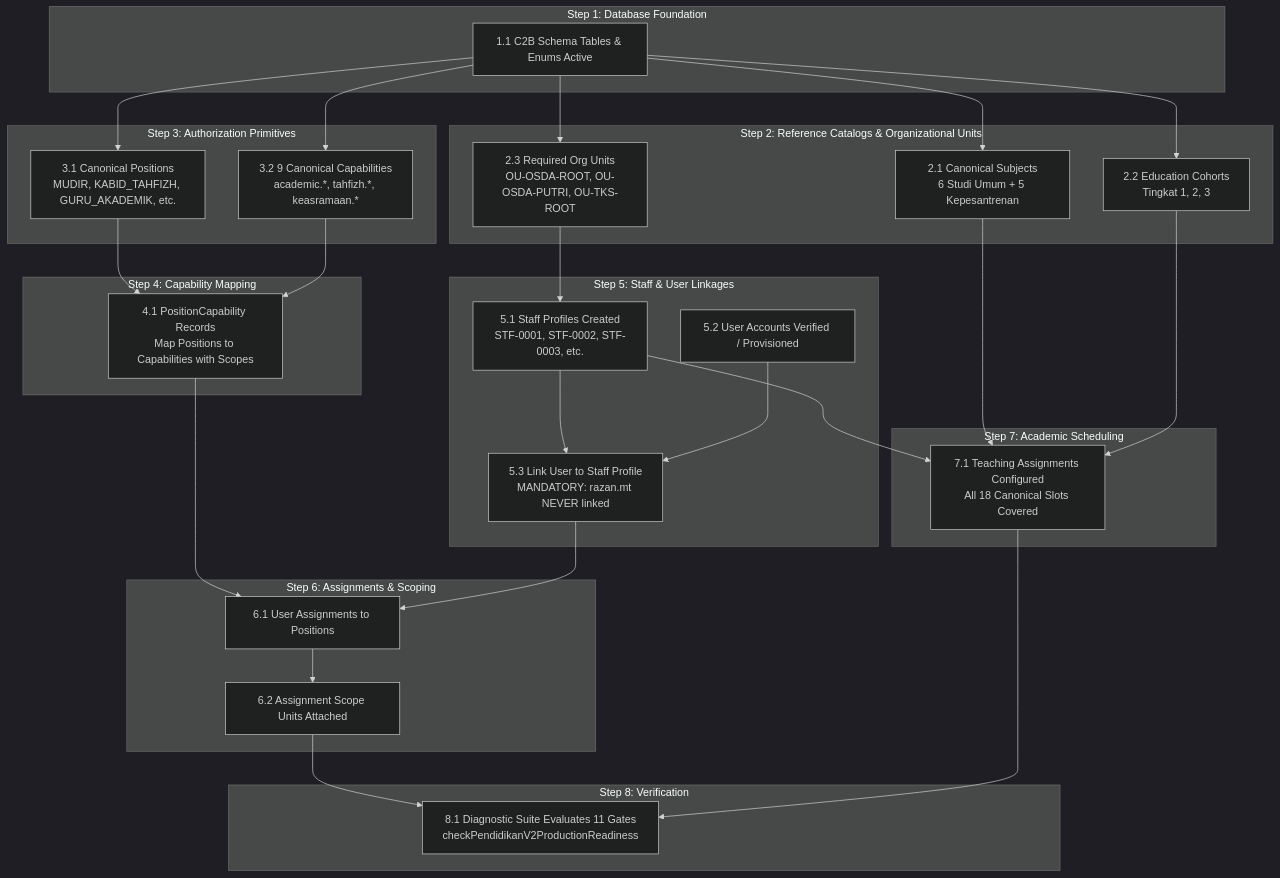
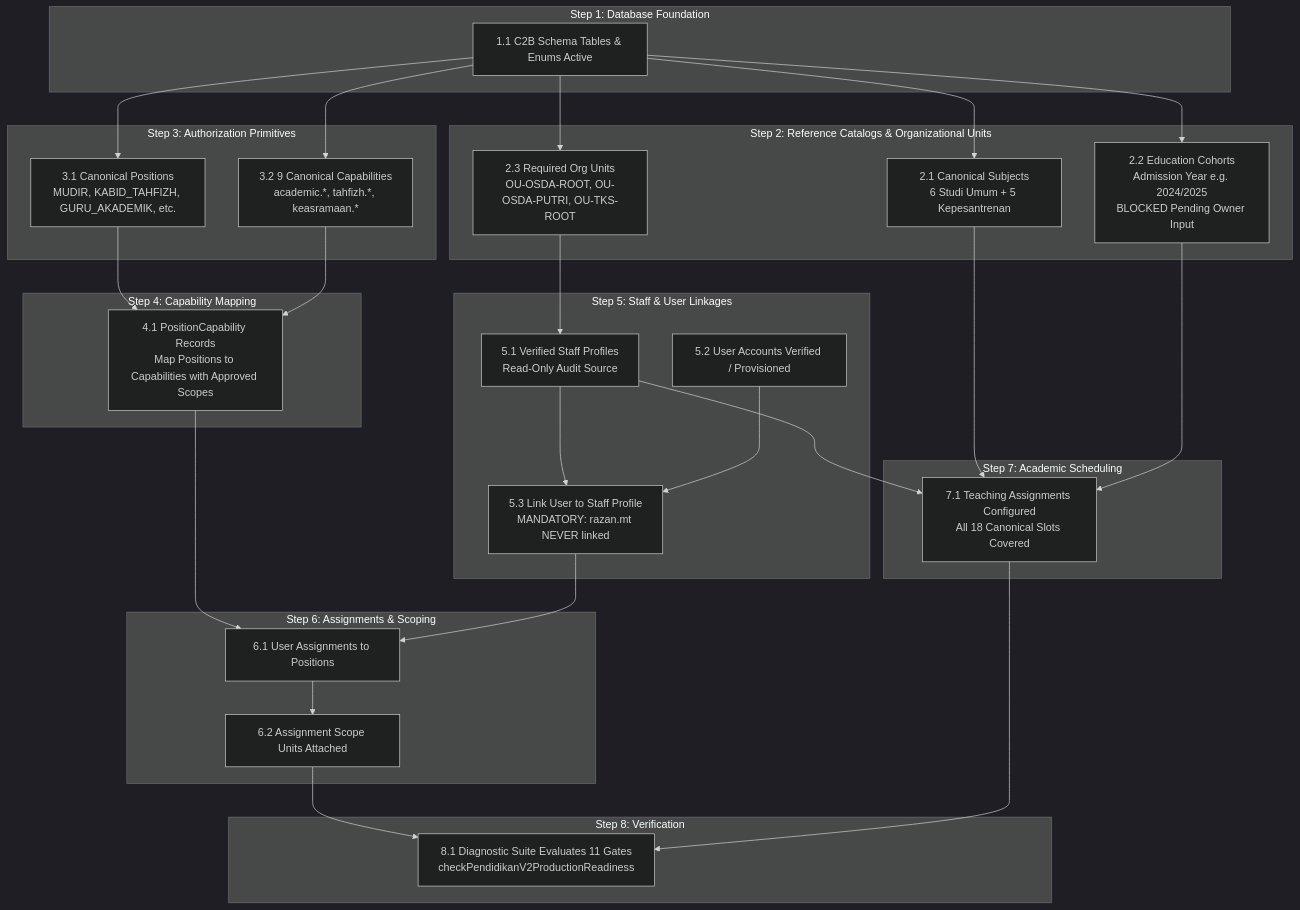
One commit to abdngr23-pixel/stq-education-portal changed the second of 2 diagrams in docs/STQ_M3_RELEASE_DEPENDENCIES.md. Above: the diagram before and after it, drawn with Mermaid (dark theme). The commit also changed other lines of this file and 3 other files, not shown here.

````diff
--- a/docs/STQ_M3_RELEASE_DEPENDENCIES.md
+++ b/docs/STQ_M3_RELEASE_DEPENDENCIES.md
@@ -53,64 +78,64 @@
 ```mermaid
 graph TD
     subgraph Step 1: Database Foundation
         S1[1.1 C2B Schema Tables & Enums Active]
     end
 
     subgraph Step 2: Reference Catalogs & Organizational Units
         S2A[2.1 Canonical Subjects<br/>6 Studi Umum + 5 Kepesantrenan]
-        S2B[2.2 Education Cohorts<br/>Tingkat 1, 2, 3]
+        S2B[2.2 Education Cohorts<br/>Admission Year e.g. 2024/2025<br/>BLOCKED Pending Owner Input]
         S2C[2.3 Required Org Units<br/>OU-OSDA-ROOT, OU-OSDA-PUTRI, OU-TKS-ROOT]
     end
 
     subgraph Step 3: Authorization Primitives
         S3A[3.1 Canonical Positions<br/>MUDIR, KABID_TAHFIZH, GURU_AKADEMIK, etc.]
         S3B[3.2 9 Canonical Capabilities<br/>academic.*, tahfizh.*, keasramaan.*]
     end
 
     subgraph Step 4: Capability Mapping
-        S4[4.1 PositionCapability Records<br/>Map Positions to Capabilities with Scopes]
+        S4[4.1 PositionCapability Records<br/>Map Positions to Capabilities with Approved Scopes]
     end
 
     subgraph Step 5: Staff & User Linkages
-        S5A[5.1 Staff Profiles Created<br/>STF-0001, STF-0002, STF-0003, etc.]
+        S5A[5.1 Verified Staff Profiles<br/>Read-Only Audit Source]
         S5B[5.2 User Accounts Verified / Provisioned]
         S5C[5.3 Link User to Staff Profile<br/>MANDATORY: razan.mt NEVER linked]
     end
 
     subgraph Step 6: Assignments & Scoping
         S6A[6.1 User Assignments to Positions]
         S6B[6.2 Assignment Scope Units Attached]
     end
 
     subgraph Step 7: Academic Scheduling
         S7[7.1 Teaching Assignments Configured<br/>All 18 Canonical Slots Covered]
     end
 
     subgraph Step 8: Verification
         S8[8.1 Diagnostic Suite Evaluates 11 Gates<br/>checkPendidikanV2ProductionReadiness]
     end
 
     S1 --> S2A
     S1 --> S2B
     S1 --> S2C
     S1 --> S3A
     S1 --> S3B
 
     S3A --> S4
     S3B --> S4
 
     S2C --> S5A
     S5A --> S5C
     S5B --> S5C
 
     S4 --> S6A
     S5C --> S6A
     S6A --> S6B
 
     S2A --> S7
     S2B --> S7
     S5A --> S7
 
     S6B --> S8
     S7 --> S8
 ```
````
